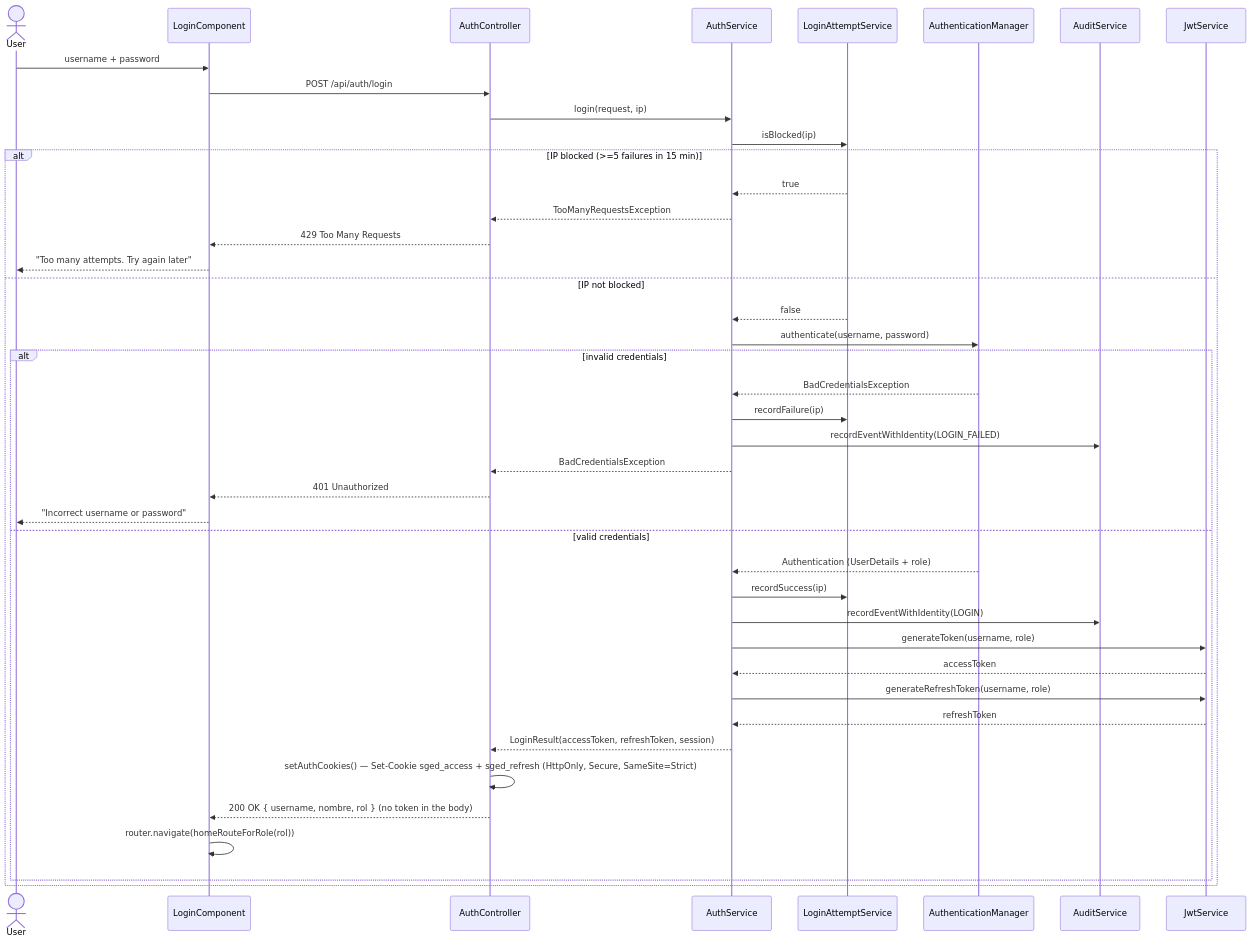
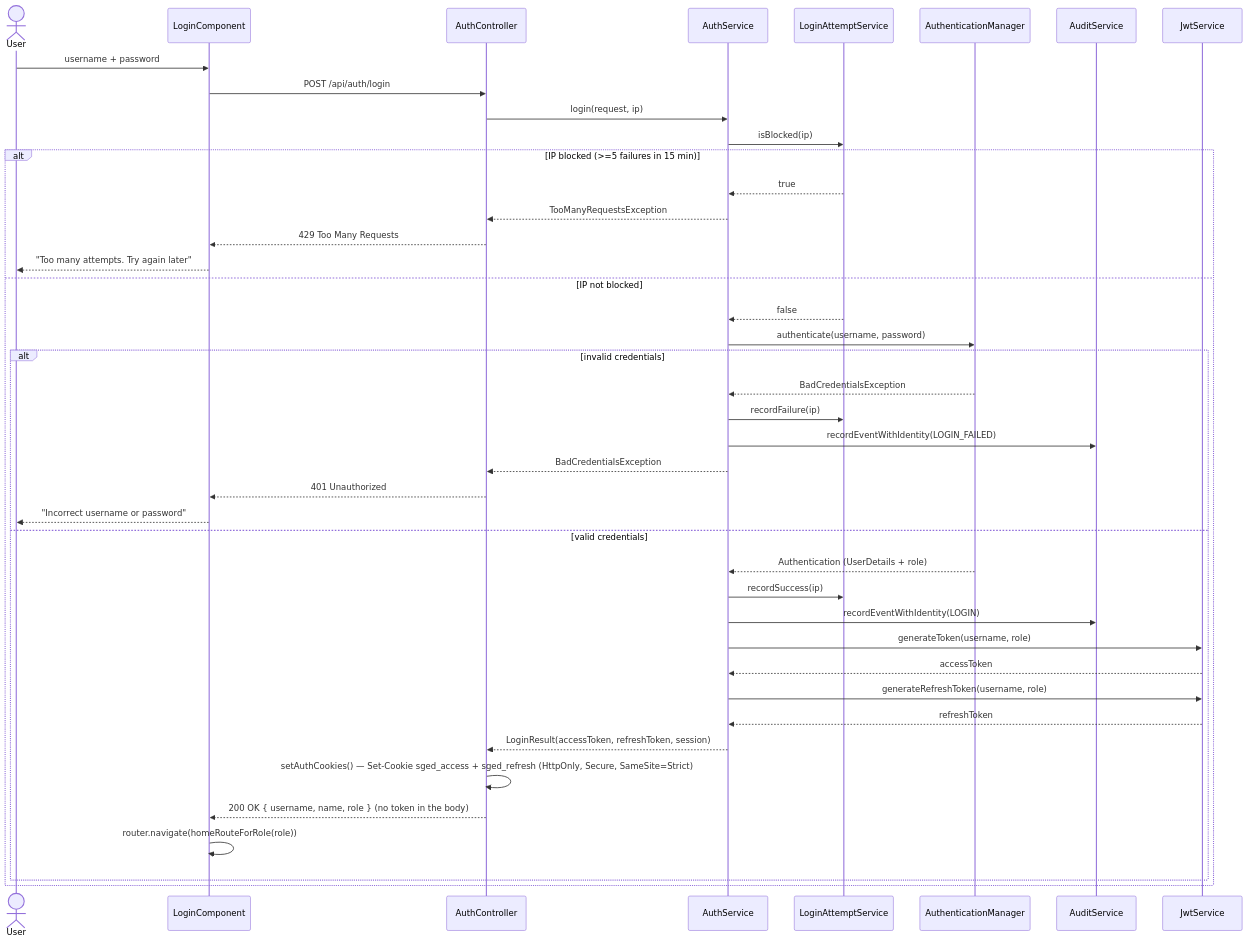
One commit to DarwinSM21/SGED_APPWEB changed the first of 3 diagrams in docs/diagramas/diagramas-secuencia.md. Above: the diagram before and after it, drawn with Mermaid. The commit also changed other lines of this file and 6 other files, not shown here.

````diff
--- a/docs/diagramas/diagramas-secuencia.md
+++ b/docs/diagramas/diagramas-secuencia.md
@@ -39,47 +41,47 @@
 ```mermaid
 sequenceDiagram
     actor U as User
     participant LC as LoginComponent
     participant AC as AuthController
     participant AS as AuthService
     participant LAS as LoginAttemptService
     participant AM as AuthenticationManager
     participant AUD as AuditService
     participant JWT as JwtService
 
     U->>LC: username + password
     LC->>AC: POST /api/auth/login
     AC->>AS: login(request, ip)
     AS->>LAS: isBlocked(ip)
 
     alt IP blocked (>=5 failures in 15 min)
         LAS-->>AS: true
         AS-->>AC: TooManyRequestsException
         AC-->>LC: 429 Too Many Requests
         LC-->>U: "Too many attempts. Try again later"
     else IP not blocked
         LAS-->>AS: false
         AS->>AM: authenticate(username, password)
 
         alt invalid credentials
             AM-->>AS: BadCredentialsException
             AS->>LAS: recordFailure(ip)
             AS->>AUD: recordEventWithIdentity(LOGIN_FAILED)
             AS-->>AC: BadCredentialsException
             AC-->>LC: 401 Unauthorized
             LC-->>U: "Incorrect username or password"
         else valid credentials
             AM-->>AS: Authentication (UserDetails + role)
             AS->>LAS: recordSuccess(ip)
             AS->>AUD: recordEventWithIdentity(LOGIN)
             AS->>JWT: generateToken(username, role)
             JWT-->>AS: accessToken
             AS->>JWT: generateRefreshToken(username, role)
             JWT-->>AS: refreshToken
             AS-->>AC: LoginResult(accessToken, refreshToken, session)
             AC->>AC: setAuthCookies() — Set-Cookie sged_access + sged_refresh (HttpOnly, Secure, SameSite=Strict)
-            AC-->>LC: 200 OK { username, nombre, rol } (no token in the body)
-            LC->>LC: router.navigate(homeRouteForRole(rol))
+            AC-->>LC: 200 OK { username, name, role } (no token in the body)
+            LC->>LC: router.navigate(homeRouteForRole(role))
         end
     end
 ```
````
